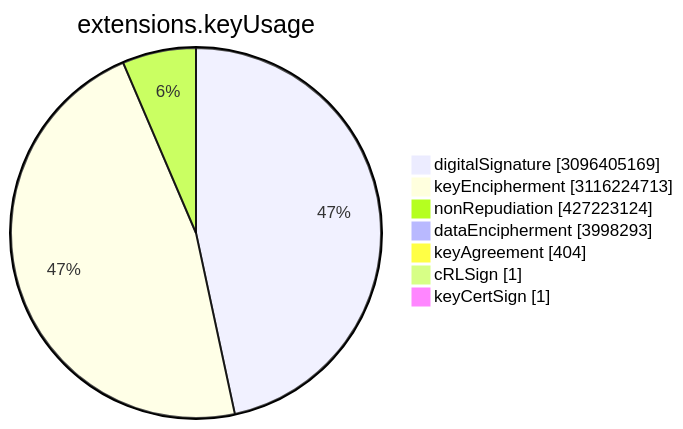
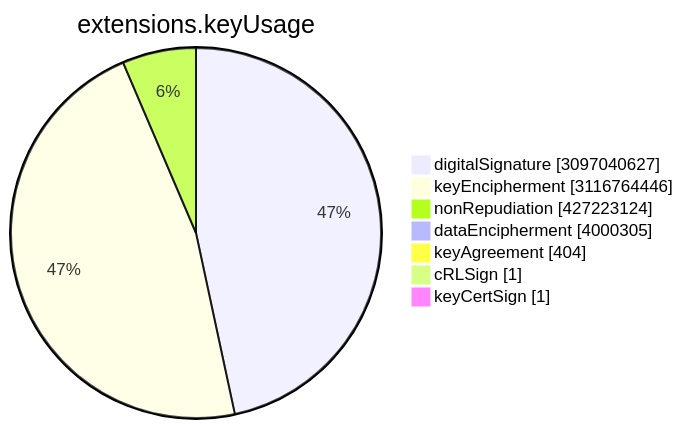
One commit to christiankrug/ctmonitor_visualization changed the sixth of 15 diagrams in TOTAL/README.md. Above: the diagram before and after it, drawn with Mermaid. The commit also changed other lines of this file, not shown here.

````diff
--- a/TOTAL/README.md
+++ b/TOTAL/README.md
@@ -3077,11 +3077,11 @@
 ```mermaid
 pie showData
 title extensions.keyUsage
-"digitalSignature" :3096405169
-"keyEncipherment" :3116224713
+"digitalSignature" :3097040627
+"keyEncipherment" :3116764446
 "nonRepudiation" :427223124
-"dataEncipherment" :3998293
+"dataEncipherment" :4000305
 "keyAgreement" :404
 "cRLSign" :1
 "keyCertSign" :1
 ```
````
